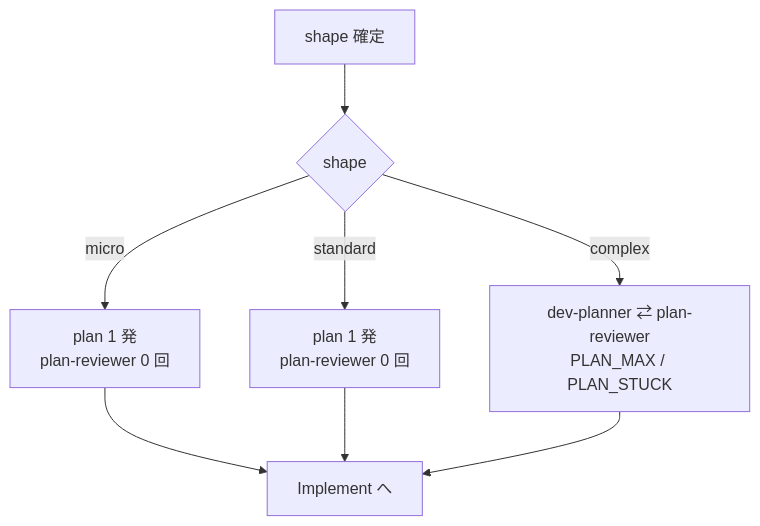
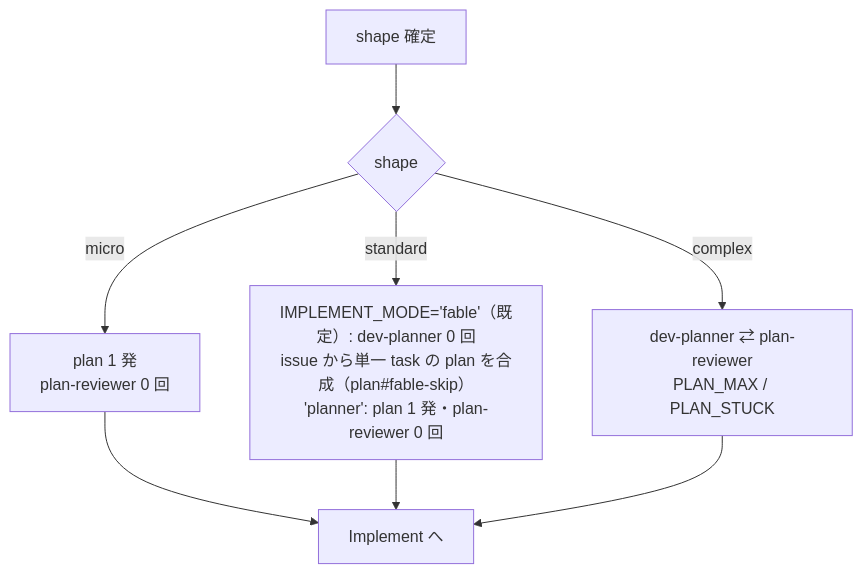
Before and after one commit to it-all-playpark/skills: the fourth of 14 diagrams in docs/dev-flow-atlas.md, drawn with Mermaid. The commit also changed other lines of this file and 49 other files, not shown here.

First line of the commit message:
feat(dev-flow): standard shape の Implement を dev-implement-fable（plan+impl 統合 Fable）に置き換える (#668) (#669)

````diff
--- a/docs/dev-flow-atlas.md
+++ b/docs/dev-flow-atlas.md
@@ -114,10 +114,10 @@
 ```mermaid
 flowchart TD
     IN["shape 確定"] --> P0{"shape"}
     P0 -->|micro| P1["plan 1 発<br/>plan-reviewer 0 回"]
-    P0 -->|standard| P2["plan 1 発<br/>plan-reviewer 0 回"]
+    P0 -->|standard| P2["IMPLEMENT_MODE='fable'（既定）: dev-planner 0 回<br/>issue から単一 task の plan を合成（plan#fable-skip）<br/>'planner': plan 1 発・plan-reviewer 0 回"]
     P0 -->|complex| P3["dev-planner ⇄ plan-reviewer<br/>PLAN_MAX / PLAN_STUCK"]
     P1 --> OUT["Implement へ"]
     P2 --> OUT
     P3 --> OUT
 ```
````
